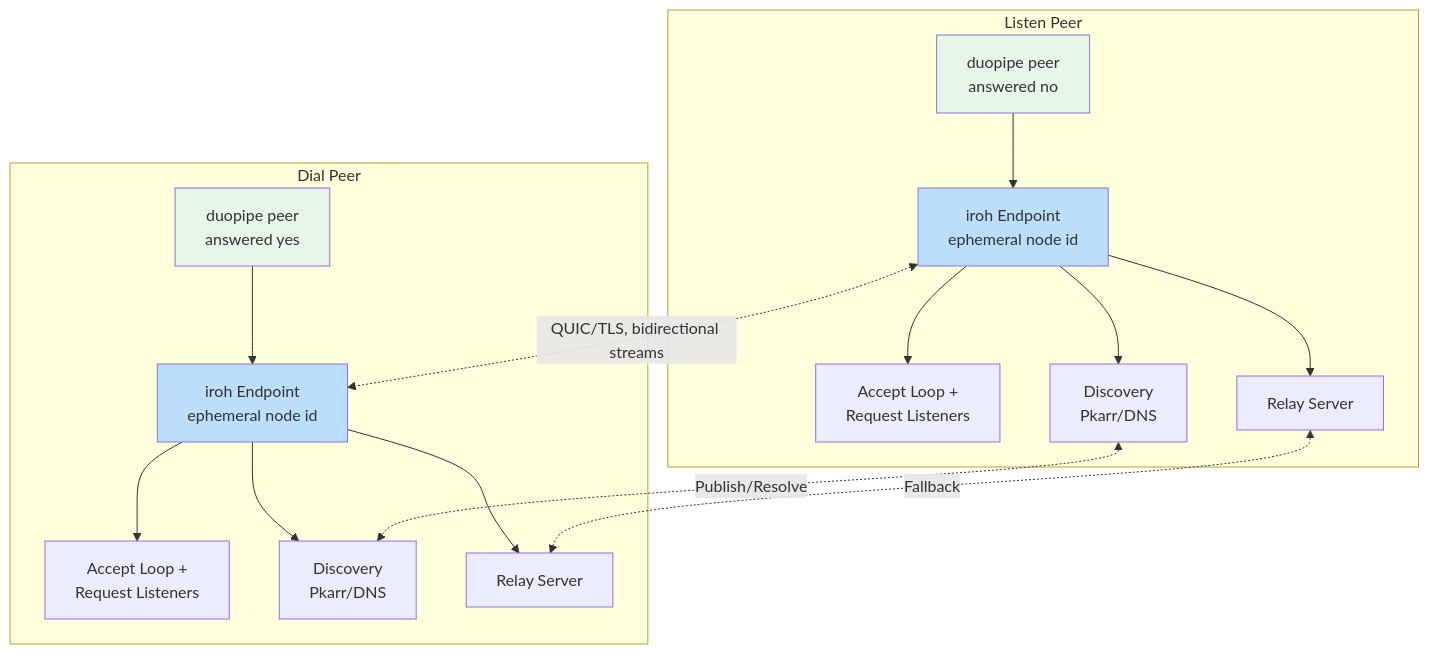
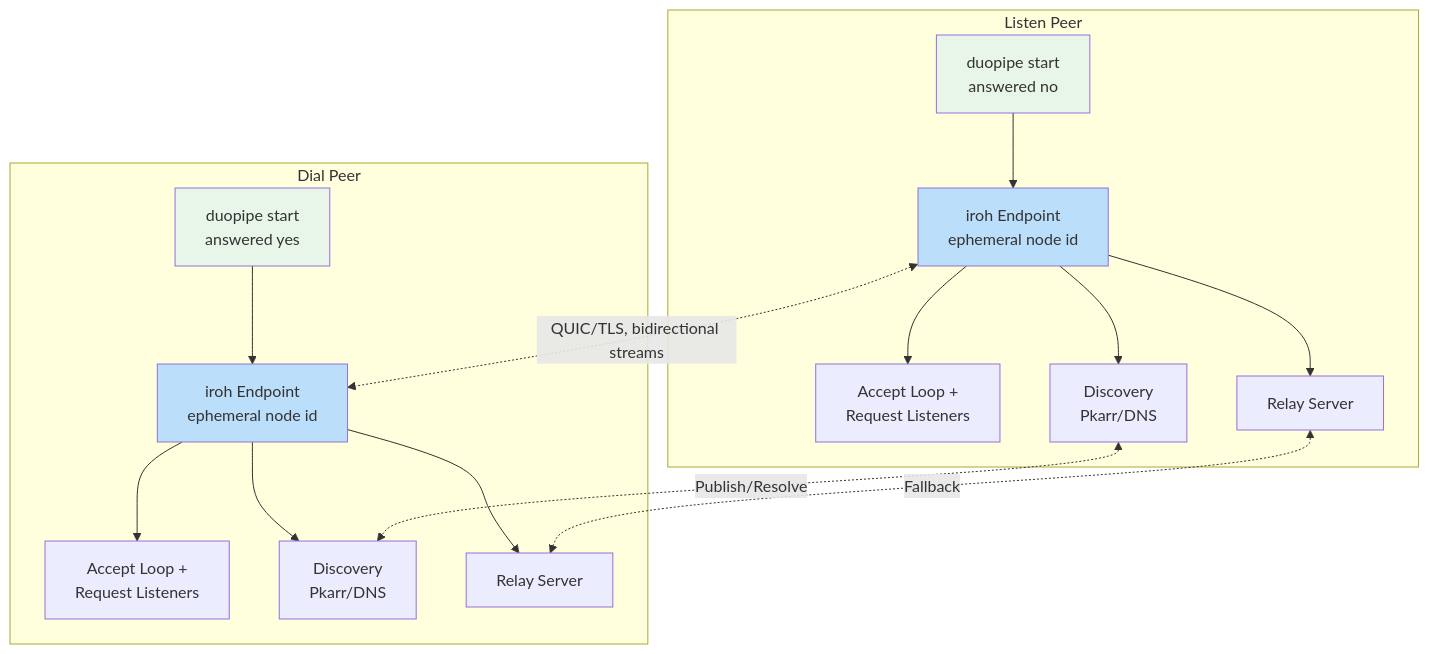
The fifth of 24 diagrams in docs/ARCHITECTURE.md (andrewtheguy/duopipe), drawn with Mermaid before and after one commit. The commit also changed other lines of this file and 3 other files, not shown here.

Commit message:
feat: update command from 'peer' to 'start' for consistency across documentation and codebase

````diff
--- a/docs/ARCHITECTURE.md
+++ b/docs/ARCHITECTURE.md
@@ -164,37 +164,37 @@
 ```mermaid
 graph TB
     subgraph "Listen Peer"
-        A[duopipe peer<br/>answered no]
+        A[duopipe start<br/>answered no]
         B[iroh Endpoint<br/>ephemeral node id]
         C[Accept Loop +<br/>Request Listeners]
         D[Discovery<br/>Pkarr/DNS]
         E[Relay Server]
     end
 
     subgraph "Dial Peer"
-        F[duopipe peer<br/>answered yes]
+        F[duopipe start<br/>answered yes]
         G[iroh Endpoint<br/>ephemeral node id]
         H[Accept Loop +<br/>Request Listeners]
         I[Discovery<br/>Pkarr/DNS]
         J[Relay Server]
     end
 
     A --> B
     B --> C
     B --> D
     B --> E
 
     F --> G
     G --> H
     G --> I
     G --> J
 
     B <-.QUIC/TLS, bidirectional streams.-> G
     D <-.Publish/Resolve.-> I
     E <-.Fallback.-> J
 
     style A fill:#E8F5E9
     style F fill:#E8F5E9
     style B fill:#BBDEFB
     style G fill:#BBDEFB
 ```
````
